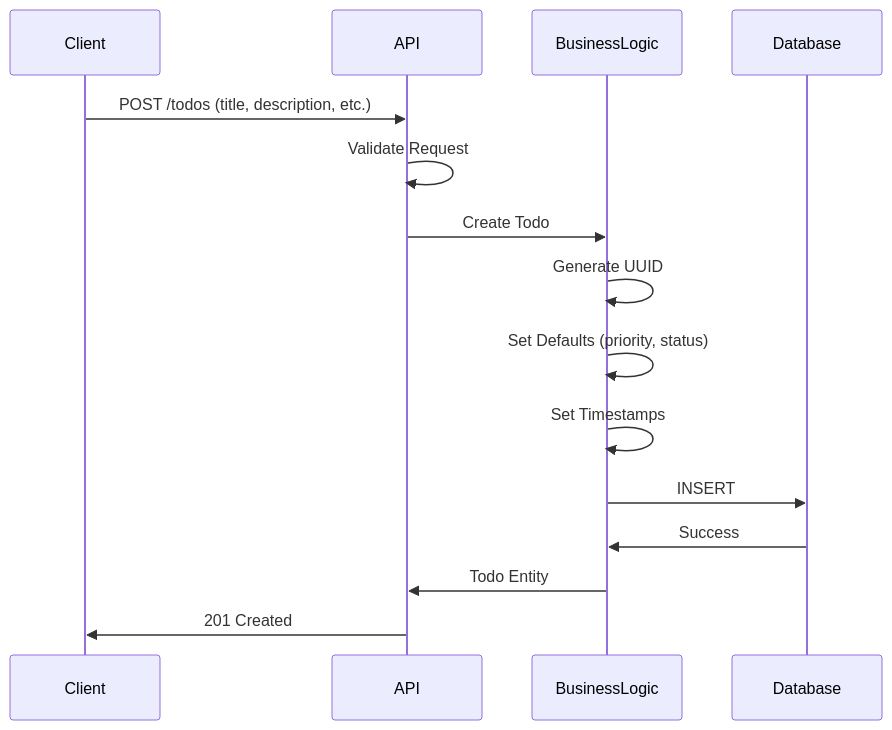
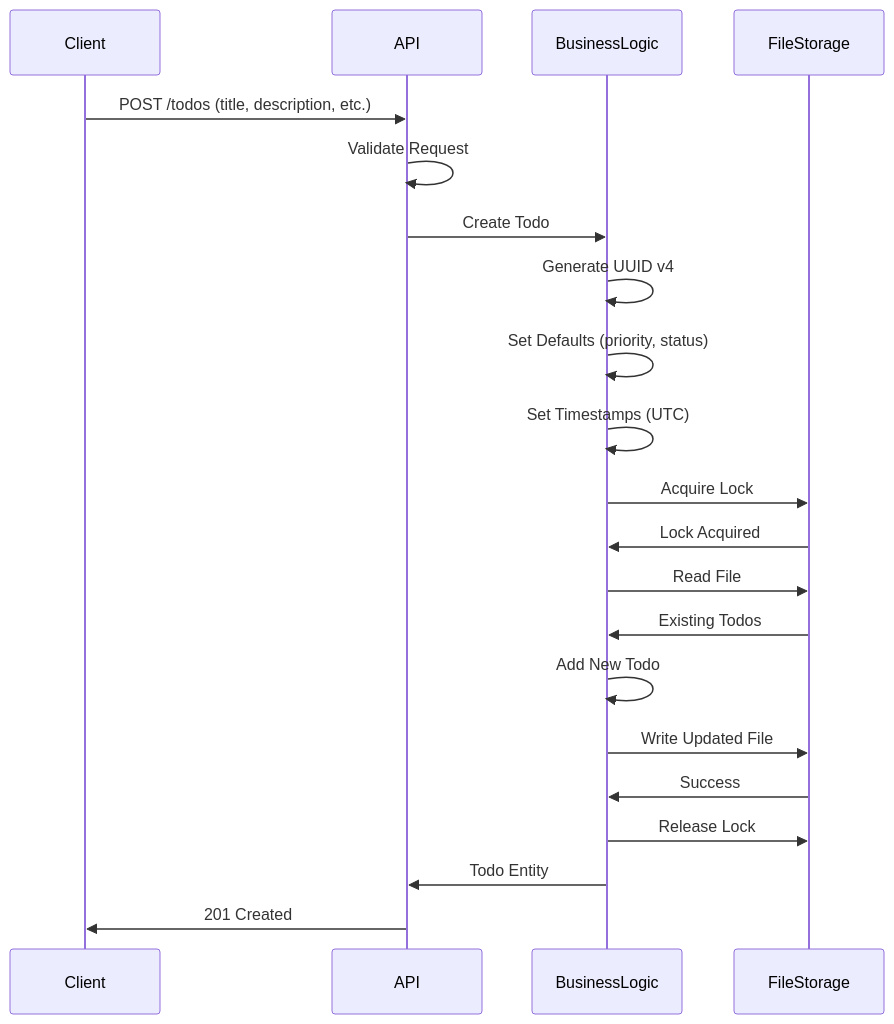
One commit to midearth-labs/web-agent-protocol changed the eighth of 11 diagrams in todo-app/docs/design/hld.md. Above: the diagram before and after it, drawn with Mermaid. The commit also changed other lines of this file and 5 other files, not shown here.

````diff
--- a/todo-app/docs/design/hld.md
+++ b/todo-app/docs/design/hld.md
@@ -426,18 +482,24 @@
 ```mermaid
 sequenceDiagram
     participant Client
     participant API
     participant BusinessLogic
-    participant Database
+    participant FileStorage
     
     Client->>API: POST /todos (title, description, etc.)
     API->>API: Validate Request
     API->>BusinessLogic: Create Todo
-    BusinessLogic->>BusinessLogic: Generate UUID
+    BusinessLogic->>BusinessLogic: Generate UUID v4
     BusinessLogic->>BusinessLogic: Set Defaults (priority, status)
-    BusinessLogic->>BusinessLogic: Set Timestamps
-    BusinessLogic->>Database: INSERT
-    Database->>BusinessLogic: Success
+    BusinessLogic->>BusinessLogic: Set Timestamps (UTC)
+    BusinessLogic->>FileStorage: Acquire Lock
+    FileStorage->>BusinessLogic: Lock Acquired
+    BusinessLogic->>FileStorage: Read File
+    FileStorage->>BusinessLogic: Existing Todos
+    BusinessLogic->>BusinessLogic: Add New Todo
+    BusinessLogic->>FileStorage: Write Updated File
+    FileStorage->>BusinessLogic: Success
+    BusinessLogic->>FileStorage: Release Lock
     BusinessLogic->>API: Todo Entity
     API->>Client: 201 Created
 ```
````
